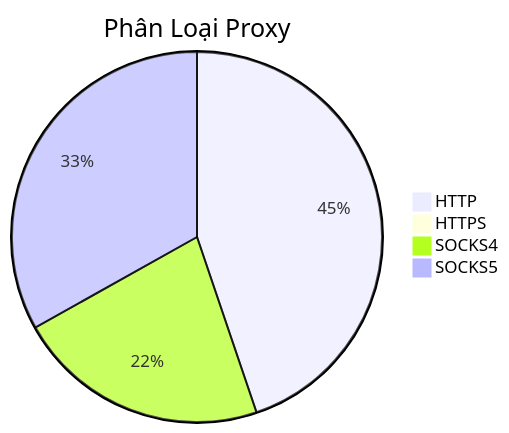
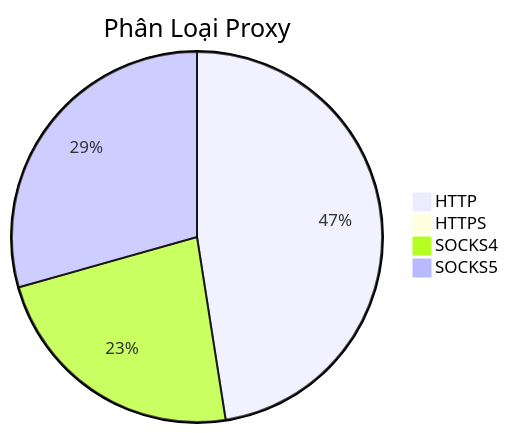
Before and after one commit to Ciara-12/PROXY-free: the diagram in README.md, drawn with Mermaid. The commit also changed other lines of this file and 4 other files, not shown here.

````diff
--- a/README.md
+++ b/README.md
@@ -26,7 +26,7 @@
 ```mermaid
 pie title Phân Loại Proxy
-    "HTTP" : 426
-    "HTTPS" : 1
-    "SOCKS4" : 210
-    "SOCKS5" : 315
+    "HTTP" : 576
+    "HTTPS" : 2
+    "SOCKS4" : 280
+    "SOCKS5" : 356
 ```
````
